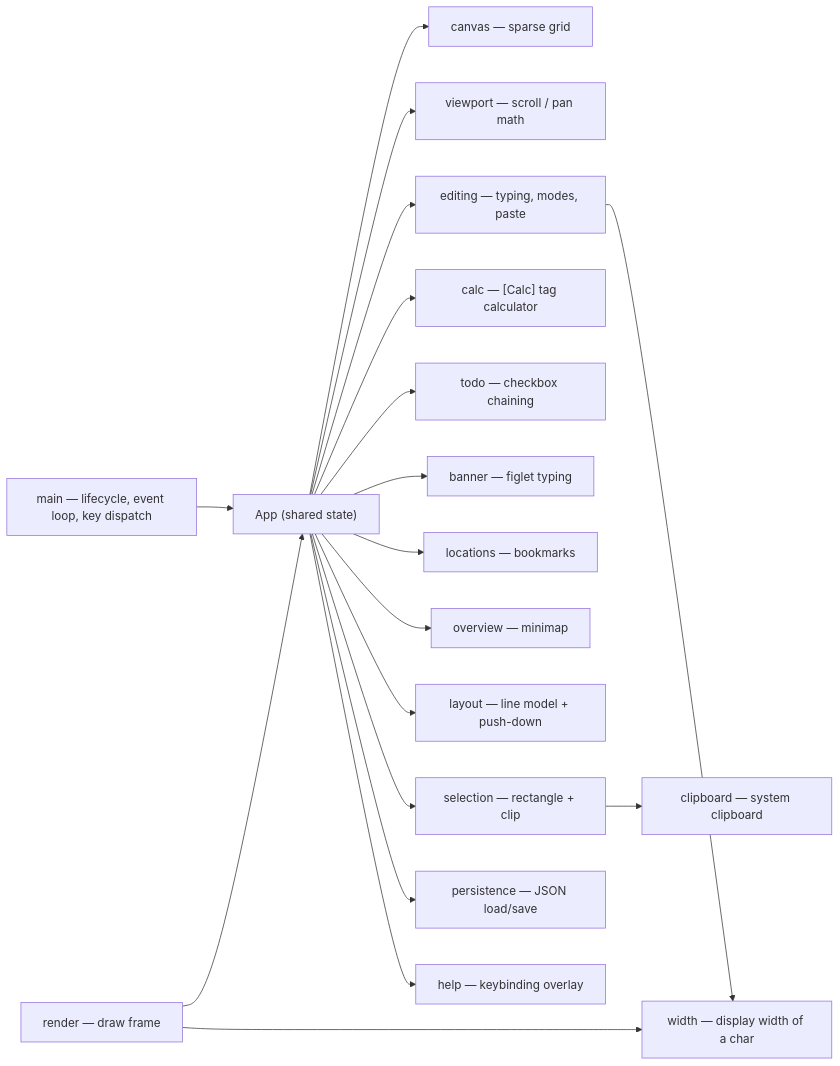
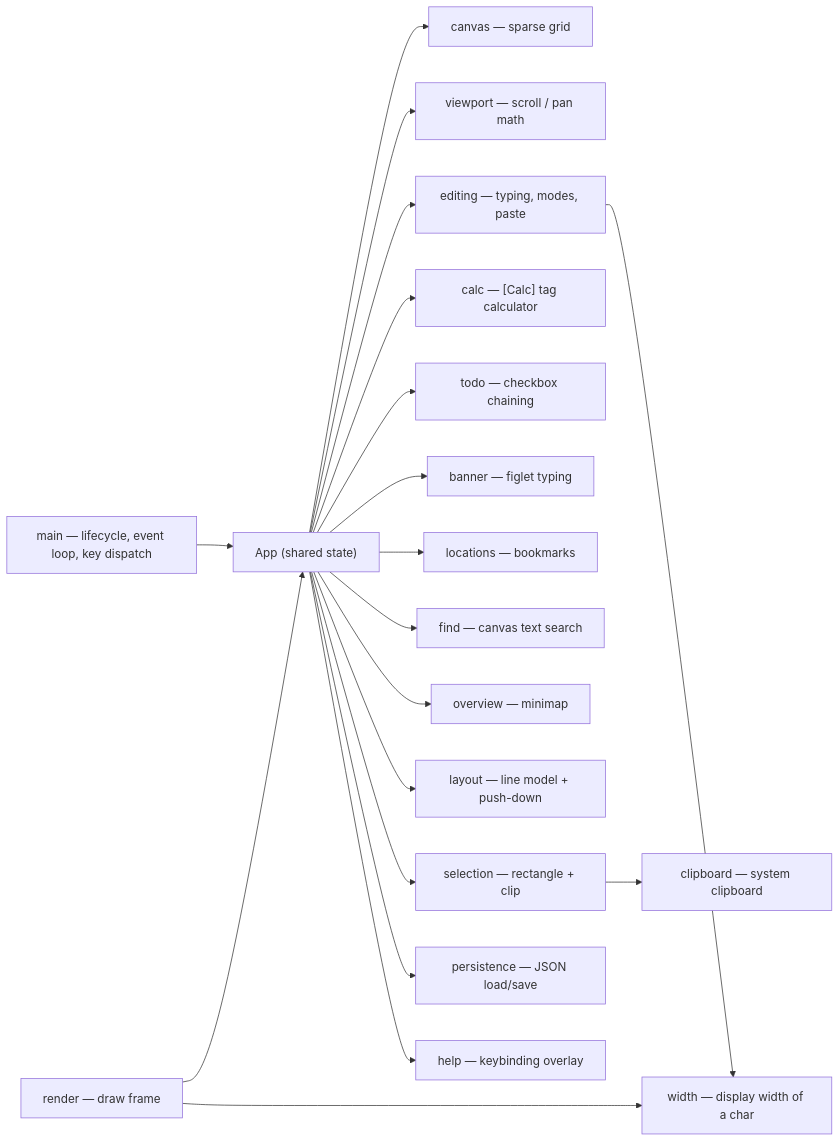
One commit to epatel/terminal_pad changed the diagram in README.md. Above: the diagram before and after it, drawn with Mermaid. The commit also changed other lines of this file and 12 other files, not shown here.

````diff
--- a/README.md
+++ b/README.md
@@ -217,20 +224,21 @@
 ```mermaid
 flowchart LR
   main["main — lifecycle, event loop, key dispatch"] --> app["App (shared state)"]
   app --> canvas["canvas — sparse grid"]
   app --> viewport["viewport — scroll / pan math"]
   app --> editing["editing — typing, modes, paste"]
   app --> calc["calc — [Calc] tag calculator"]
   app --> todo["todo — checkbox chaining"]
   app --> banner["banner — figlet typing"]
   app --> locations["locations — bookmarks"]
+  app --> find["find — canvas text search"]
   app --> overview["overview — minimap"]
   app --> layout["layout — line model + push-down"]
   app --> selection["selection — rectangle + clip"]
   app --> persistence["persistence — JSON load/save"]
   app --> help["help — keybinding overlay"]
   selection --> clipboard["clipboard — system clipboard"]
   render["render — draw frame"] --> app
   editing --> width["width — display width of a char"]
   render --> width
 ```
````
